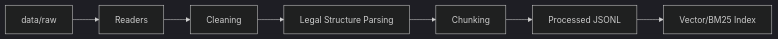
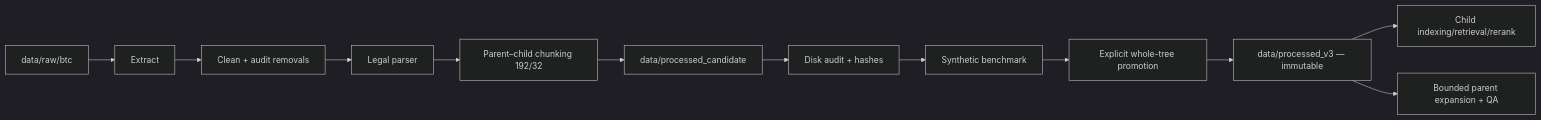
One commit to solvarhuynh/UIT-Data-Science-Challenge-2026 changed the diagram in docs/architecture/data_pipeline.md. Above: the diagram before and after it, drawn with Mermaid (dark theme). The commit also changed other lines of this file and 41 other files, not shown here.

````diff
--- a/docs/architecture/data_pipeline.md
+++ b/docs/architecture/data_pipeline.md
@@ -9,9 +6,14 @@
 ```mermaid
 flowchart LR
-    RAW[data/raw] --> READ[Readers]
-    READ --> CLEAN[Cleaning]
-    CLEAN --> PARSE[Legal Structure Parsing]
-    PARSE --> CHUNK[Chunking]
-    CHUNK --> JSONL[Processed JSONL]
-    JSONL --> INDEX[Vector/BM25 Index]
+    RAW[data/raw/btc] --> READ[Extract]
+    READ --> CLEAN[Clean + audit removals]
+    CLEAN --> PARSE[Legal parser]
+    PARSE --> PC[Parent–child chunking 192/32]
+    PC --> CAND[data/processed_candidate]
+    CAND --> AUDIT[Disk audit + hashes]
+    AUDIT --> BENCH[Synthetic benchmark]
+    BENCH --> RELEASE[Explicit whole-tree promotion]
+    RELEASE --> V3[data/processed_v3 — immutable]
+    V3 --> RET[Child indexing/retrieval/rerank]
+    V3 --> QA[Bounded parent expansion + QA]
 ```
````
